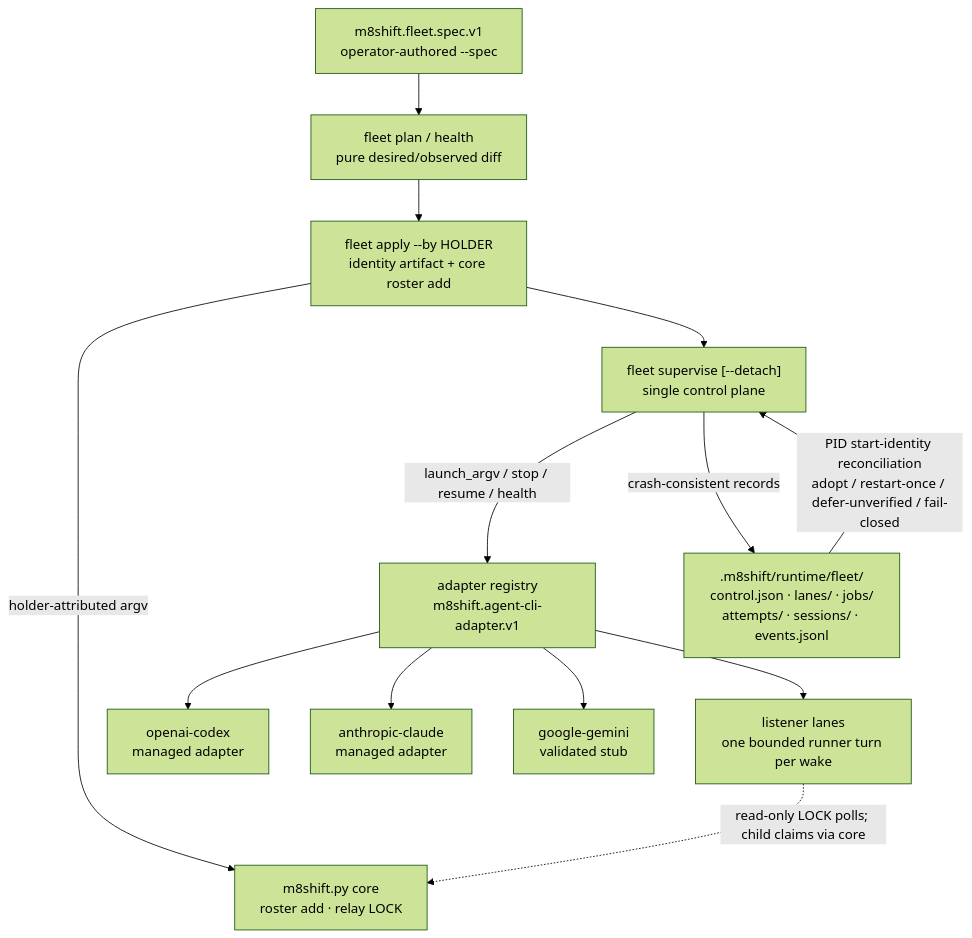
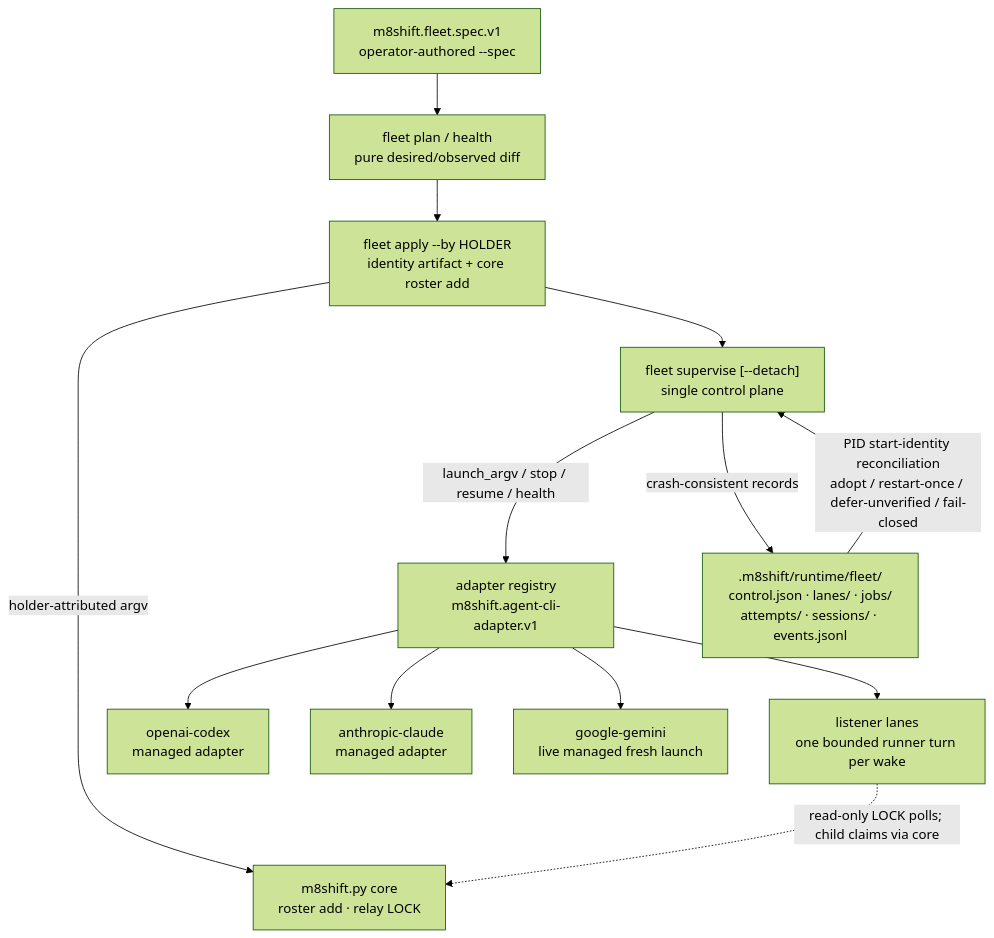
One commit to M8Shift/M8Shift changed the sixth of 6 diagrams in docs/en/specification.md. Above: the diagram before and after it, drawn with Mermaid (forest theme). The commit also changed other lines of this file and 11 other files, not shown here.

Commit message:
feat: ship live Gemini adapter and advisory routing

````diff
--- a/docs/en/specification.md
+++ b/docs/en/specification.md
@@ -390,27 +392,27 @@
 ```mermaid
 flowchart TD
     Spec["m8shift.fleet.spec.v1<br/>operator-authored --spec"]
     Plan["fleet plan / health<br/>pure desired/observed diff"]
     Apply["fleet apply --by HOLDER<br/>identity artifact + core roster add"]
     Sup["fleet supervise [--detach]<br/>single control plane"]
     Reg["adapter registry<br/>m8shift.agent-cli-adapter.v1"]
     Codex["openai-codex<br/>managed adapter"]
     Claude["anthropic-claude<br/>managed adapter"]
-    Gem["google-gemini<br/>validated stub"]
+    Gem["google-gemini<br/>live managed fresh launch"]
     Store[".m8shift/runtime/fleet/<br/>control.json · lanes/ · jobs/<br/>attempts/ · sessions/ · events.jsonl"]
     Listener["listener lanes<br/>one bounded runner turn per wake"]
     Core["m8shift.py core<br/>roster add · relay LOCK"]
 
     Spec --> Plan
     Plan --> Apply
     Apply -->|"holder-attributed argv"| Core
     Apply --> Sup
     Sup -->|"launch_argv / stop / resume / health"| Reg
     Reg --> Codex
     Reg --> Claude
     Reg --> Gem
     Sup -->|"crash-consistent records"| Store
     Store -->|"PID start-identity reconciliation<br/>adopt / restart-once / defer-unverified / fail-closed"| Sup
     Reg --> Listener
     Listener -.->|"read-only LOCK polls; child claims via core"| Core
 ```
````
